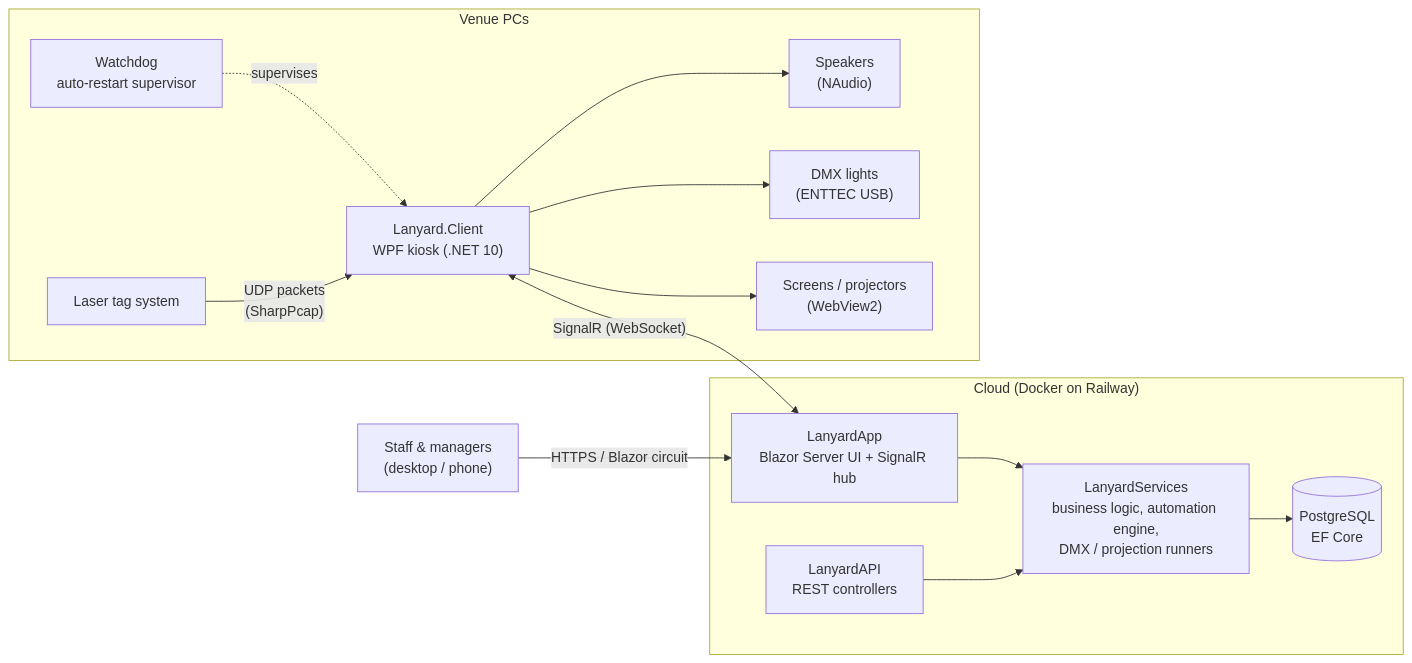
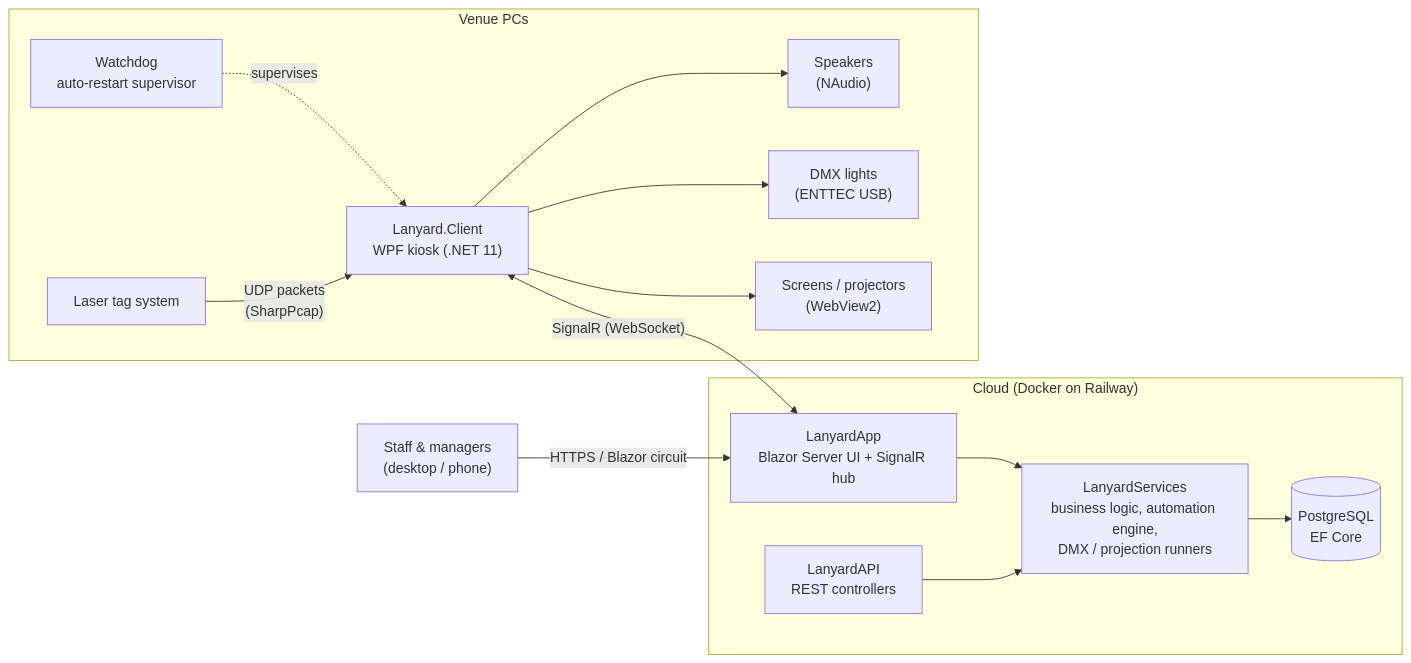
Before and after one commit to benjamano/Lanyard: the diagram in README.md, drawn with Mermaid. The commit also changed other lines of this file and 24 other files, not shown here.

````diff
--- a/README.md
+++ b/README.md
@@ -57,26 +57,26 @@
 ```mermaid
 flowchart LR
     subgraph Cloud["Cloud (Docker on Railway)"]
         App["LanyardApp<br/>Blazor Server UI + SignalR hub"]
         API["LanyardAPI<br/>REST controllers"]
         Svc["LanyardServices<br/>business logic, automation engine,<br/>DMX / projection runners"]
         DB[("PostgreSQL<br/>EF Core")]
         App --> Svc
         API --> Svc
         Svc --> DB
     end
 
     Browser["Staff & managers<br/>(desktop / phone)"] -- "HTTPS / Blazor circuit" --> App
 
     subgraph Venue["Venue PCs"]
-        Client["Lanyard.Client<br/>WPF kiosk (.NET 10)"]
+        Client["Lanyard.Client<br/>WPF kiosk (.NET 11)"]
         WD["Watchdog<br/>auto-restart supervisor"]
         WD -. supervises .-> Client
         Client --> Audio["Speakers<br/>(NAudio)"]
         Client --> DMX["DMX lights<br/>(ENTTEC USB)"]
         Client --> Screens["Screens / projectors<br/>(WebView2)"]
         Laser["Laser tag system"] -- "UDP packets<br/>(SharpPcap)" --> Client
     end
 
     Client <-- "SignalR (WebSocket)" --> App
 ```
````
